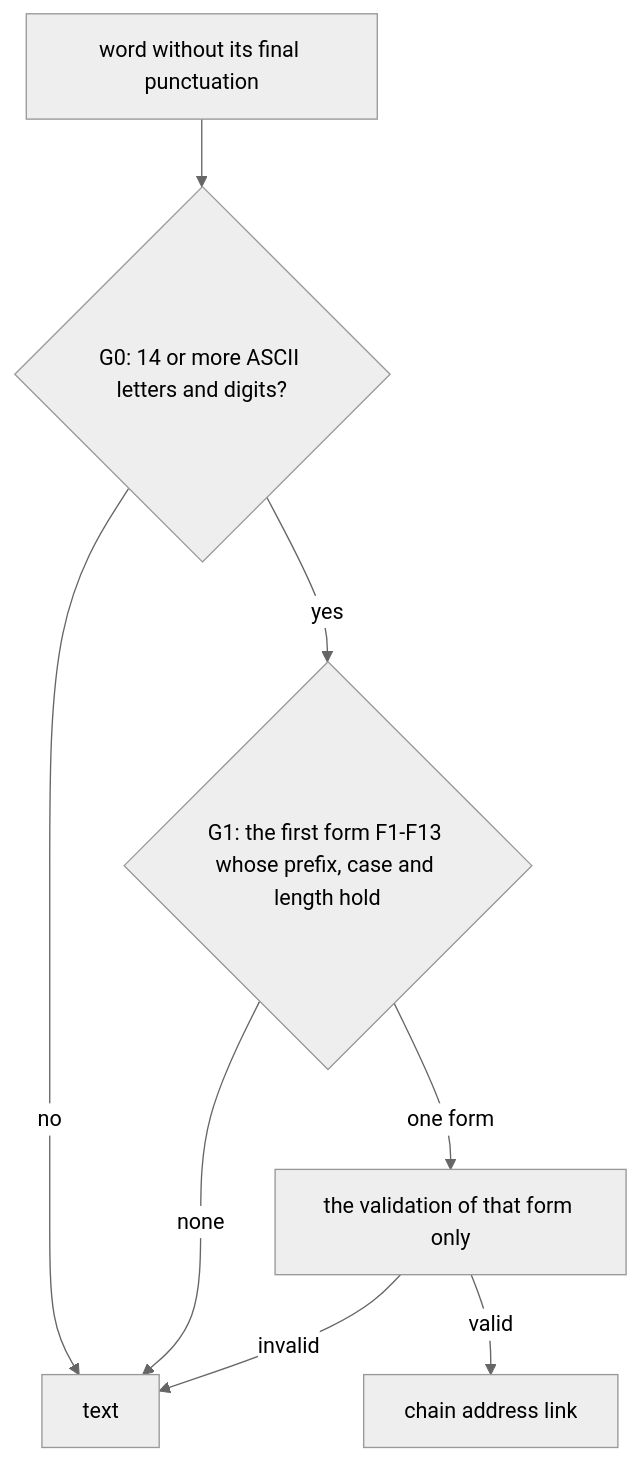
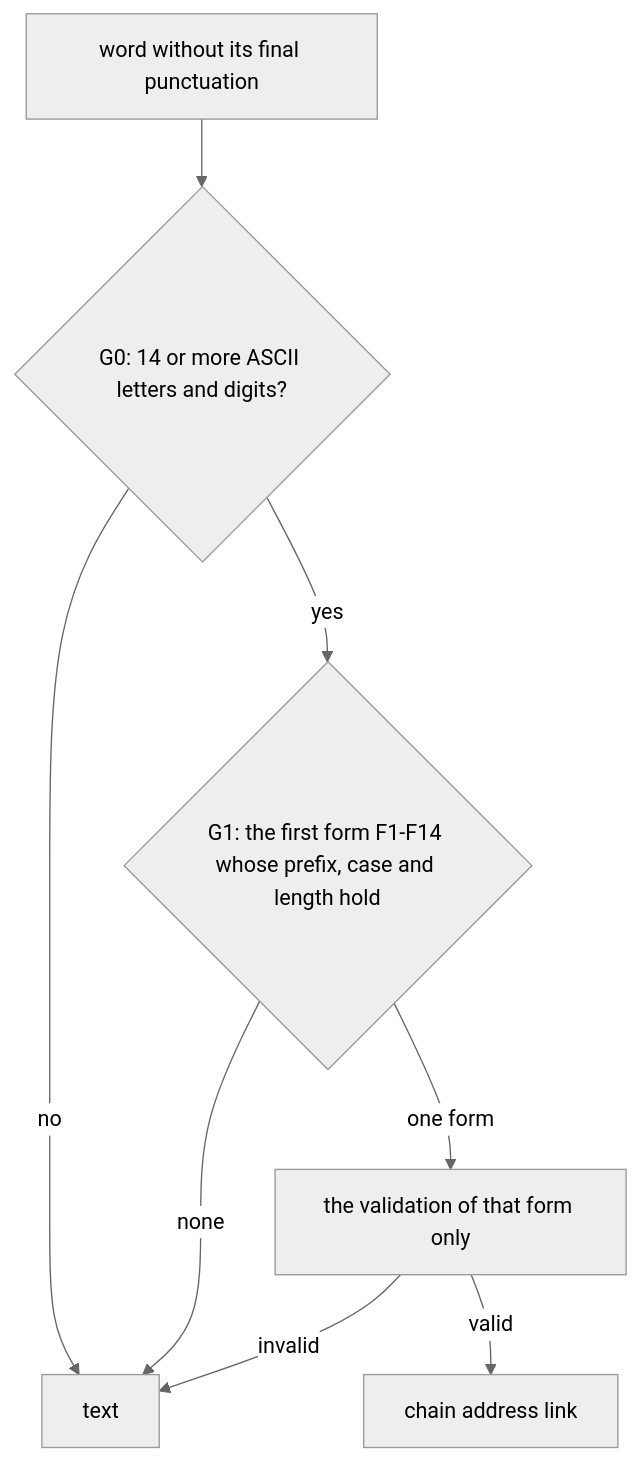
Before and after one commit to simplex-chat/simplex-chat: the first of 9 diagrams in plans/2026-11-22-payment-addresses.md, drawn with Mermaid (neutral theme). The commit also changed other lines of this file, not shown here.

````diff
--- a/plans/2026-11-22-payment-addresses.md
+++ b/plans/2026-11-22-payment-addresses.md
@@ -263,10 +270,10 @@
 ```mermaid
 flowchart TD
   W["word without its final punctuation"] --> G0{"G0: 14 or more ASCII letters and digits?"}
   G0 -->|no| T["text"]
-  G0 -->|yes| G1{"G1: the first form F1-F13 whose prefix, case and length hold"}
+  G0 -->|yes| G1{"G1: the first form F1-F14 whose prefix, case and length hold"}
   G1 -->|none| T
   G1 -->|one form| V["the validation of that form only"]
   V -->|valid| L["chain address link"]
   V -->|invalid| T
 ```
````
